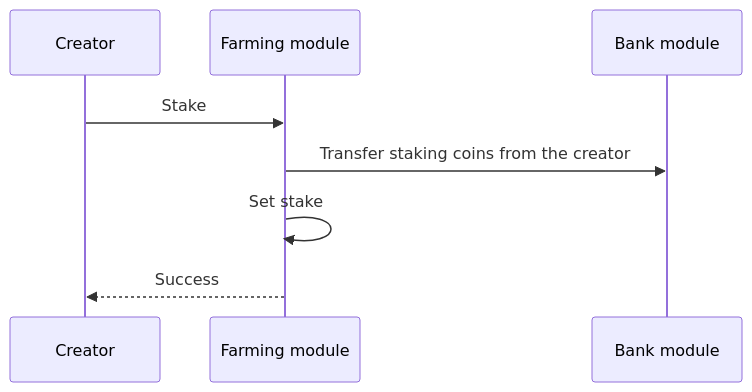
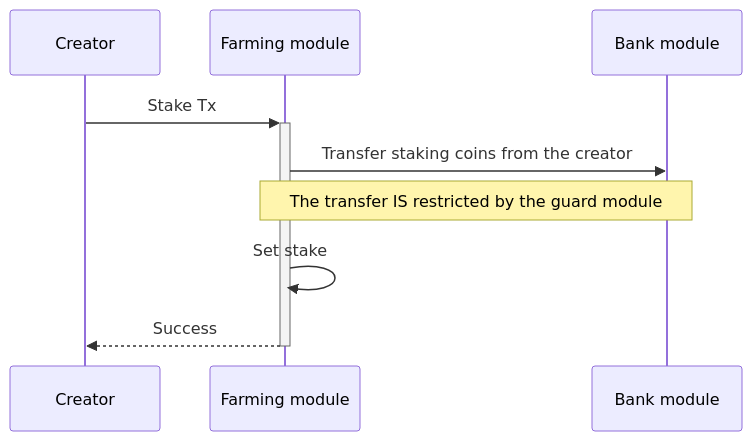
One commit to MANTRA-Chain/mantrachain changed the third of 7 diagrams in x/farming/spec/09_txs_flows.md. Above: the diagram before and after it, drawn with Mermaid. The commit also changed other lines of this file and 12 other files, not shown here.

Commit message:
docs: add update txs flows docs

````diff
--- a/x/farming/spec/09_txs_flows.md
+++ b/x/farming/spec/09_txs_flows.md
@@ -43,7 +37,8 @@
 ```mermaid
 sequenceDiagram
-Creator ->> Farming module: Stake
+Creator->>+Farming module: Stake Tx
 Farming module->>Bank module: Transfer staking coins from the creator
+Note over Farming module, Bank module: The transfer IS restricted by the guard module
 Farming module->>Farming module: Set stake
-Farming module-->> Creator: Success
+Farming module-->>-Creator: Success
 ```
````
